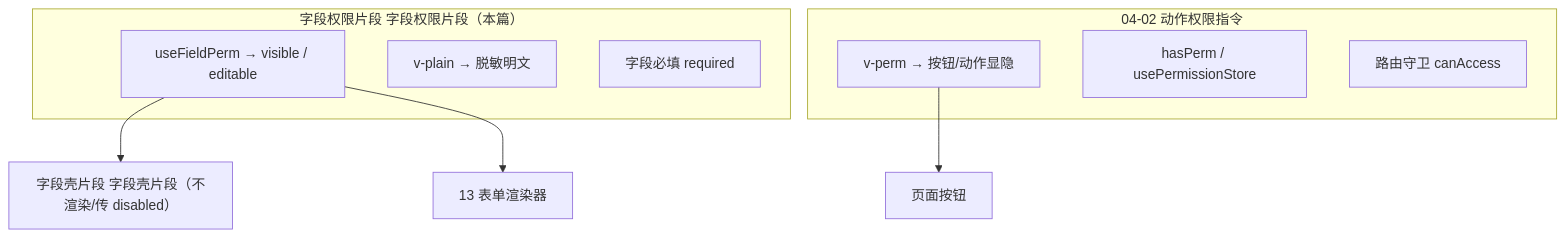
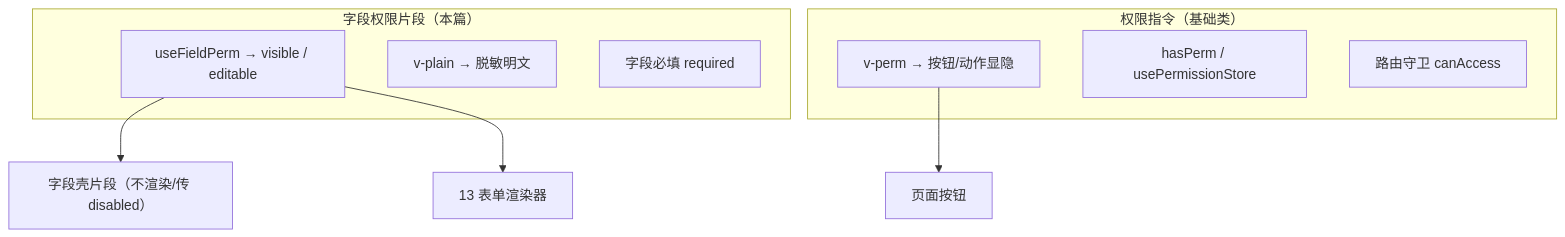
Before and after one commit to minjian123/basic-management-system: the diagram in bms文档/设计/组件设计/02_基础组件类/02_能力片段/11_组件设计_字段权限片段/11_组件设计_字段权限片段.md, drawn with Mermaid. The commit also changed other lines of this file and 91 other files, not shown here.

Commit message:
docs(组件库): 组件设计正文编号引用清理（改为名称定位，保留目录与路线图编号）

````diff
--- a/bms文档/设计/组件设计/02_基础组件类/02_能力片段/11_组件设计_字段权限片段/11_组件设计_字段权限片段.md
+++ b/bms文档/设计/组件设计/02_基础组件类/02_能力片段/11_组件设计_字段权限片段/11_组件设计_字段权限片段.md
@@ -17,16 +17,16 @@
 ```mermaid
 flowchart TD
-    subgraph 字段权限["字段权限片段 字段权限片段（本篇）"]
+    subgraph 字段权限["字段权限片段（本篇）"]
         F1["useFieldPerm → visible / editable"]
         F2["v-plain → 脱敏明文"]
         F3["字段必填 required"]
     end
-    subgraph 动作权限["04-02 动作权限指令"]
+    subgraph 动作权限["权限指令（基础类）"]
         A1["v-perm → 按钮/动作显隐"]
         A2["hasPerm / usePermissionStore"]
         A3["路由守卫 canAccess"]
     end
-    F1 --> W["字段壳片段 字段壳片段（不渲染/传 disabled）"]
+    F1 --> W["字段壳片段（不渲染/传 disabled）"]
     F1 --> R["13 表单渲染器"]
     A1 --> P["页面按钮"]
 ```
````
